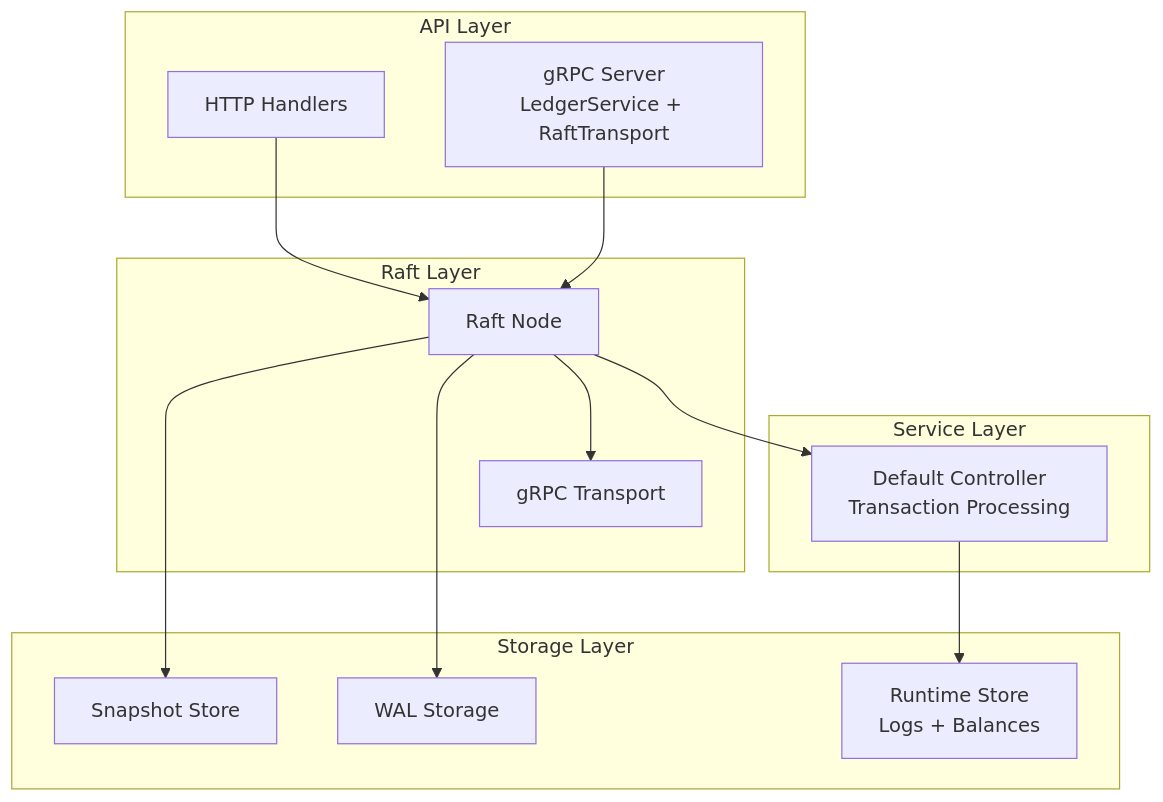
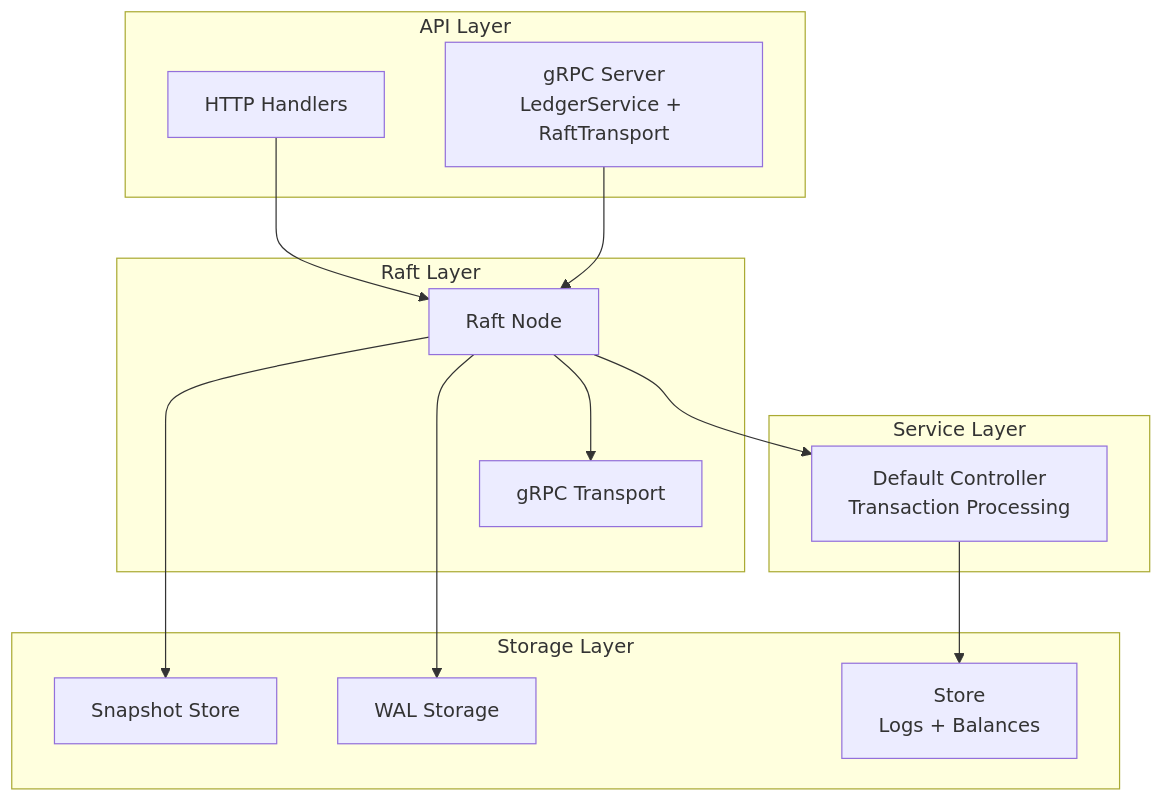
One commit to formancehq/ledger changed the second of 6 diagrams in docs/architecture.md. Above: the diagram before and after it, drawn with Mermaid. The commit also changed other lines of this file and 31 other files, not shown here.

````diff
--- a/docs/architecture.md
+++ b/docs/architecture.md
@@ -76,32 +76,32 @@
 ```mermaid
 graph TB
     subgraph "API Layer"
         HTTP[HTTP Handlers]
         GRPC[gRPC Server<br/>LedgerService + RaftTransport]
     end
     
     subgraph "Service Layer"
         Controller[Default Controller<br/>Transaction Processing]
     end
     
     subgraph "Raft Layer"
         RaftNode[Raft Node]
         Transport[gRPC Transport]
     end
     
     subgraph "Storage Layer"
         WAL[WAL Storage]
-        RuntimeStore[Runtime Store<br/>Logs + Balances]
+        Store[Store<br/>Logs + Balances]
         Snapshot[Snapshot Store]
     end
     
     HTTP --> RaftNode
     GRPC --> RaftNode
     RaftNode --> Controller
-    Controller --> RuntimeStore
+    Controller --> Store
     
     RaftNode --> Transport
     
     RaftNode --> WAL
     RaftNode --> Snapshot
 ```
````
